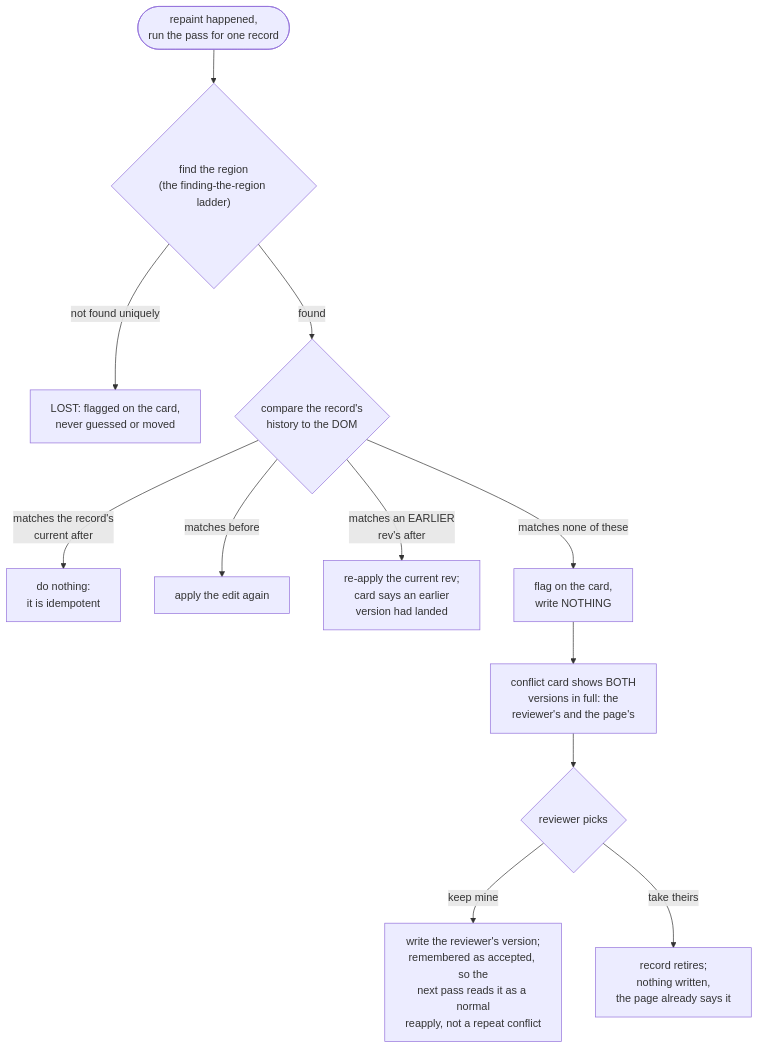
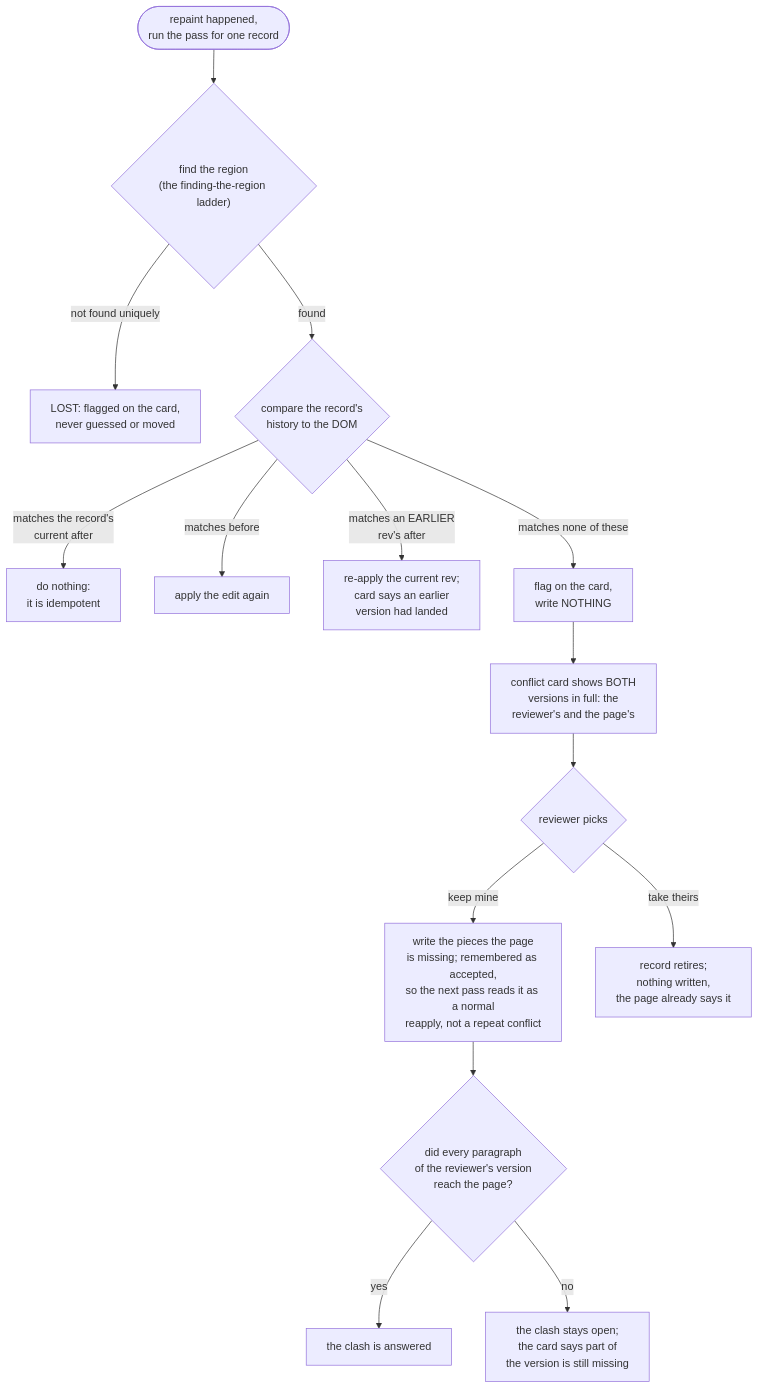
Before and after one commit to kenxle/live-agentic-html-editor: the first of 2 diagrams in docs/diagrams/replay_branches.md, drawn with Mermaid. The commit also changed other lines of this file and 3 other files, not shown here.

First line of the commit message:
Diagrams: catch up with what the last session shipped

````diff
--- a/docs/diagrams/replay_branches.md
+++ b/docs/diagrams/replay_branches.md
@@ -7,16 +7,19 @@
 ```mermaid
 flowchart TD
   A(["repaint happened,<br/>run the pass for one record"]) --> Anchor{"find the region<br/>(the finding-the-region ladder)"}
   Anchor -- "not found uniquely" --> Lost["LOST: flagged on the card,<br/>never guessed or moved"]
   Anchor -- "found" --> Cmp{"compare the record's<br/>history to the DOM"}
 
   Cmp -- "matches the record's<br/>current after" --> Idem["do nothing:<br/>it is idempotent"]
   Cmp -- "matches before" --> Reapply["apply the edit again"]
   Cmp -- "matches an EARLIER<br/>rev's after" --> Earlier["re-apply the current rev;<br/>card says an earlier<br/>version had landed"]
   Cmp -- "matches none of these" --> Conflict["flag on the card,<br/>write NOTHING"]
 
   Conflict --> Card["conflict card shows BOTH<br/>versions in full: the<br/>reviewer's and the page's"]
   Card --> Choice{"reviewer picks"}
-  Choice -- "keep mine" --> KeepMine["write the reviewer's version;<br/>remembered as accepted, so the<br/>next pass reads it as a normal<br/>reapply, not a repeat conflict"]
+  Choice -- "keep mine" --> KeepMine["write the pieces the page<br/>is missing; remembered as accepted,<br/>so the next pass reads it as a normal<br/>reapply, not a repeat conflict"]
+  KeepMine --> Partial{"did every paragraph<br/>of the reviewer's version<br/>reach the page?"}
+  Partial -- "yes" --> Done["the clash is answered"]
+  Partial -- "no" --> Held["the clash stays open;<br/>the card says part of<br/>the version is still missing"]
   Choice -- "take theirs" --> TakeTheirs["record retires;<br/>nothing written,<br/>the page already says it"]
 ```
````
